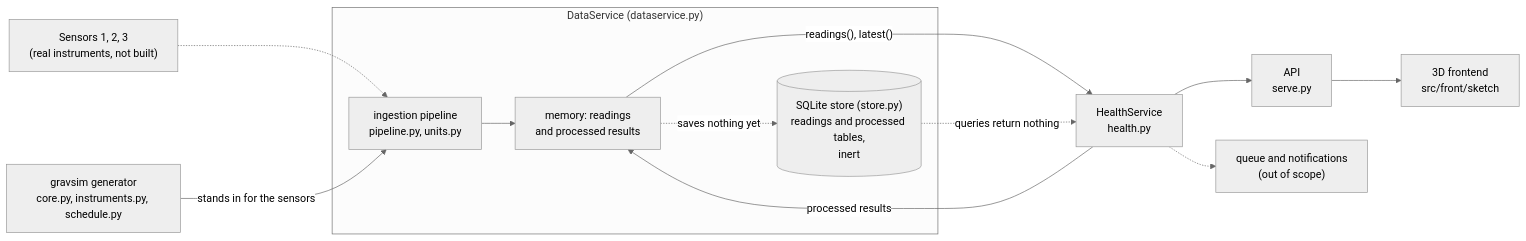
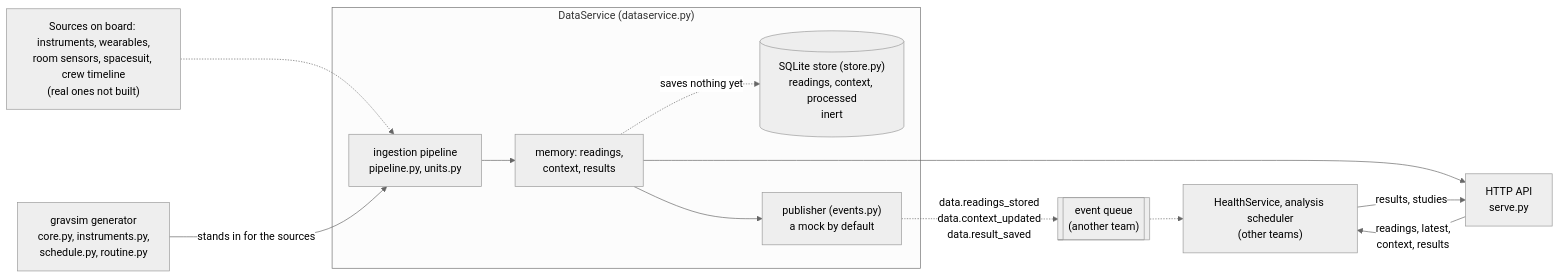
The diagram in sim/README.md (IgnacioAVerdinelli/NASASpaceApps), drawn with Mermaid (neutral theme) before and after one commit. The commit also changed other lines of this file and 2 other files, not shown here.

First line of the commit message:
sim: README and notebooks for crew context, events and the split from the mock

````diff
--- a/sim/README.md
+++ b/sim/README.md
@@ -53,23 +57,24 @@
 ```mermaid
 flowchart LR
-    sensors["Sensors 1, 2, 3<br/>(real instruments, not built)"]
-    gen["gravsim generator<br/>core.py, instruments.py, schedule.py"]
+    sources["Sources on board: instruments, wearables,<br/>room sensors, spacesuit, crew timeline<br/>(real ones not built)"]
+    gen["gravsim generator<br/>core.py, instruments.py,<br/>schedule.py, routine.py"]
     subgraph dataservice["DataService (dataservice.py)"]
         pipe["ingestion pipeline<br/>pipeline.py, units.py"]
-        mem["memory: readings<br/>and processed results"]
-        db[("SQLite store (store.py)<br/>readings and processed tables,<br/>inert")]
+        mem["memory: readings,<br/>context, results"]
+        db[("SQLite store (store.py)<br/>readings, context, processed<br/>inert")]
+        pub["publisher (events.py)<br/>a mock by default"]
         pipe --> mem
         mem -. "saves nothing yet" .-> db
+        mem --> pub
     end
-    health["HealthService<br/>health.py"]
-    api["API<br/>serve.py"]
-    front["3D frontend<br/>src/front/sketch"]
-    notify["queue and notifications<br/>(out of scope)"]
-    sensors -.-> pipe
-    gen -- "stands in for the sensors" --> pipe
-    mem -- "readings(), latest()" --> health
-    health -- "processed results" --> mem
-    db -. "queries return nothing" .-> health
-    health --> api --> front
-    health -.-> notify
+    api["HTTP API<br/>serve.py"]
+    queue[["event queue<br/>(another team)"]]
+    others["HealthService, analysis scheduler<br/>(other teams)"]
+    sources -.-> pipe
+    gen -- "stands in for the sources" --> pipe
+    mem --> api
+    api -- "readings, latest,<br/>context, results" --> others
+    others -- "results, studies" --> api
+    pub -. "data.readings_stored<br/>data.context_updated<br/>data.result_saved" .-> queue
+    queue -.-> others
 ```
````
